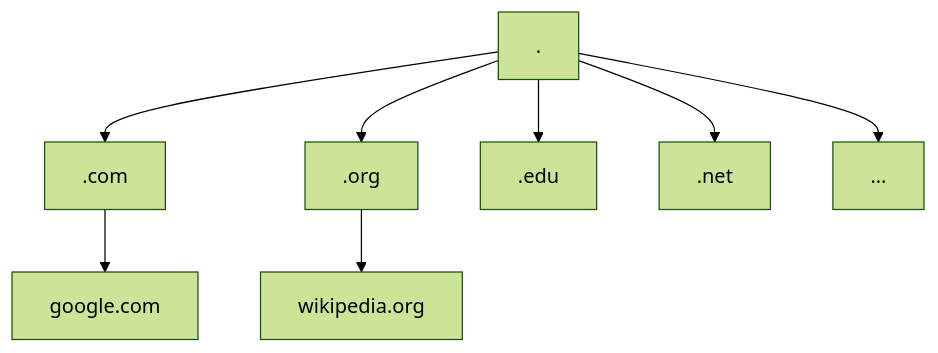
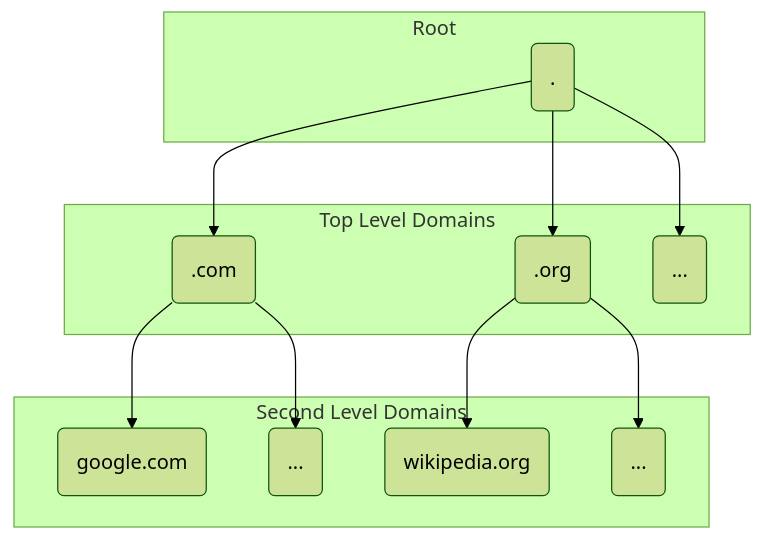
The third of 3 diagrams in _posts/2022-12-01-what-is-DNS.md (underscoremin/underscoremin.github.io), drawn with Mermaid (forest theme) before and after one commit. The commit also changed other lines of this file and 1 other file, not shown here.

Commit message:
updated mermaid graphs

````diff
--- a/_posts/2022-12-01-what-is-DNS.md
+++ b/_posts/2022-12-01-what-is-DNS.md
@@ -62,10 +69,17 @@
 ```mermaid
 flowchart TD
-    . --> .com
-    .com --> google.com
-    . --> .org
-    .org --> wikipedia.org
-    . --> .edu
-    . --> .net
-    . --> ...
+    subgraph Root
+        n1(.)
+    end
+    subgraph TLD [Top Level Domains]
+        n1 --> n2(.com)
+        n1 --> n4(.org)
+        n1 --> n6(...)
+    end
+    subgraph SLD [Second Level Domains]
+        n2 --> n7(google.com)
+        n2 --> n9(...)
+        n4 --> n8(wikipedia.org)
+        n4 --> n10(...)
+    end 
 ```   
````
